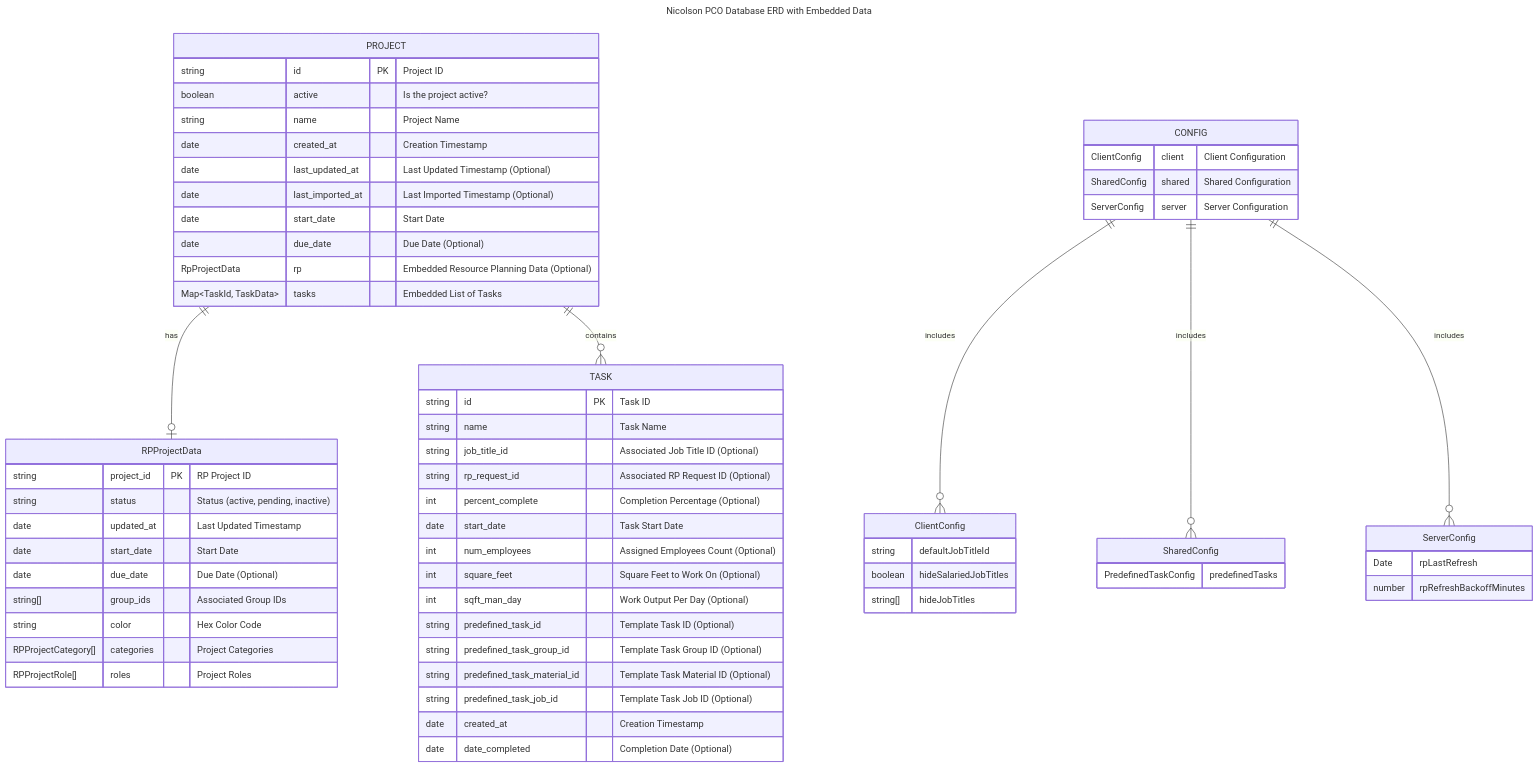
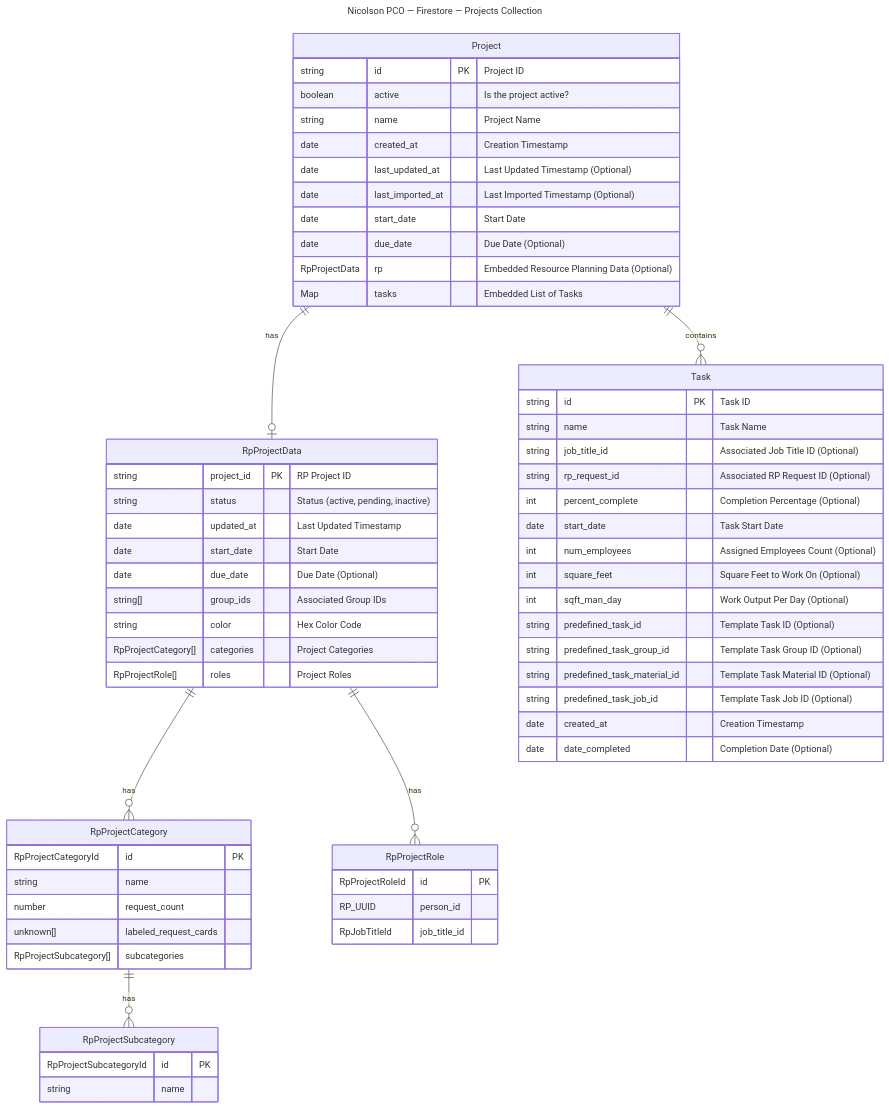
One commit to frozenfrank/byte-bin changed the second of 3 diagrams in docs/entity-design-diagram.md. Above: the diagram before and after it, drawn with Mermaid. The commit also changed other lines of this file and 2 other files, not shown here.

````diff
--- a/docs/entity-design-diagram.md
+++ b/docs/entity-design-diagram.md
@@ -17,76 +101,79 @@
 ```mermaid
 ---
-title: Nicolson PCO Database ERD with Embedded Data
+title: Nicolson PCO — Firestore — Projects Collection
 ---
 erDiagram
 
-PROJECT {
+Project {
     string id PK "Project ID"
     boolean active "Is the project active?"
     string name "Project Name"
     date created_at "Creation Timestamp"
     date last_updated_at "Last Updated Timestamp (Optional)"
     date last_imported_at "Last Imported Timestamp (Optional)"
     date start_date "Start Date"
     date due_date "Due Date (Optional)"
     RpProjectData rp "Embedded Resource Planning Data (Optional)"
-    Map~TaskId, TaskData~ tasks "Embedded List of Tasks"
+
+    %% NOTE: The GitHub version (11.4.1) is not rendering this generic type properly.
+    %% Mermaid.live on version (11.5.0) does render it properly.
+    %% Hopefully, we can restore it once GitHub upgrades to the latest version
+    %% Map~TaskId, TaskData~ tasks "Embedded List of Tasks"
+    Map tasks "Embedded List of Tasks"
 }
 
-RPProjectData {
+RpProjectData {
     string project_id PK "RP Project ID"
     string status "Status (active, pending, inactive)"
     date updated_at "Last Updated Timestamp"
     date start_date "Start Date"
     date due_date "Due Date (Optional)"
     string[] group_ids "Associated Group IDs"
     string color "Hex Color Code"
-    RPProjectCategory[] categories "Project Categories"
-    RPProjectRole[] roles "Project Roles"
+    RpProjectCategory[] categories "Project Categories"
+    RpProjectRole[] roles "Project Roles"
 }
 
-TASK {
+RpProjectCategory {
+  RpProjectCategoryId id PK
+  string name
+  number request_count
+  unknown[] labeled_request_cards
+  RpProjectSubcategory[] subcategories
+}
+
+RpProjectSubcategory {
+  RpProjectSubcategoryId id PK
+  string name
+}
+
+RpProjectRole {
+  RpProjectRoleId id PK
+  RP_UUID person_id
+  RpJobTitleId job_title_id
+}
+
+Task {
     string id PK "Task ID"
     string name "Task Name"
     string job_title_id "Associated Job Title ID (Optional)"
     string rp_request_id "Associated RP Request ID (Optional)"
     int percent_complete "Completion Percentage (Optional)"
     date start_date "Task Start Date"
     int num_employees "Assigned Employees Count (Optional)"
     int square_feet "Square Feet to Work On (Optional)"
     int sqft_man_day "Work Output Per Day (Optional)"
     string predefined_task_id "Template Task ID (Optional)"
     string predefined_task_group_id "Template Task Group ID (Optional)"
     string predefined_task_material_id "Template Task Material ID (Optional)"
     string predefined_task_job_id "Template Task Job ID (Optional)"
     date created_at "Creation Timestamp"
     date date_completed "Completion Date (Optional)"
 }
 
-CONFIG {
-    ClientConfig client "Client Configuration"
-    SharedConfig shared "Shared Configuration"
-    ServerConfig server "Server Configuration"
-}
-
-ClientConfig {
-    string defaultJobTitleId
-    boolean hideSalariedJobTitles
-    string[] hideJobTitles
-}
-
-SharedConfig {
-    PredefinedTaskConfig predefinedTasks
-}
-
-ServerConfig {
-    Date rpLastRefresh
-    number rpRefreshBackoffMinutes
-}
-
-PROJECT ||--o| RPProjectData : "has"
-PROJECT ||--o{ TASK : "contains"
-CONFIG ||--o{ ClientConfig : "includes"
-CONFIG ||--o{ SharedConfig : "includes"
-CONFIG ||--o{ ServerConfig : "includes"
+Project ||--o| RpProjectData : "has"
+Project ||--o{ Task : "contains"
+RpProjectData || --o{ RpProjectCategory : "has"
+RpProjectCategory || --o{ RpProjectSubcategory : "has"
+RpProjectData || --o{ RpProjectRole : "has"
 ```
````
